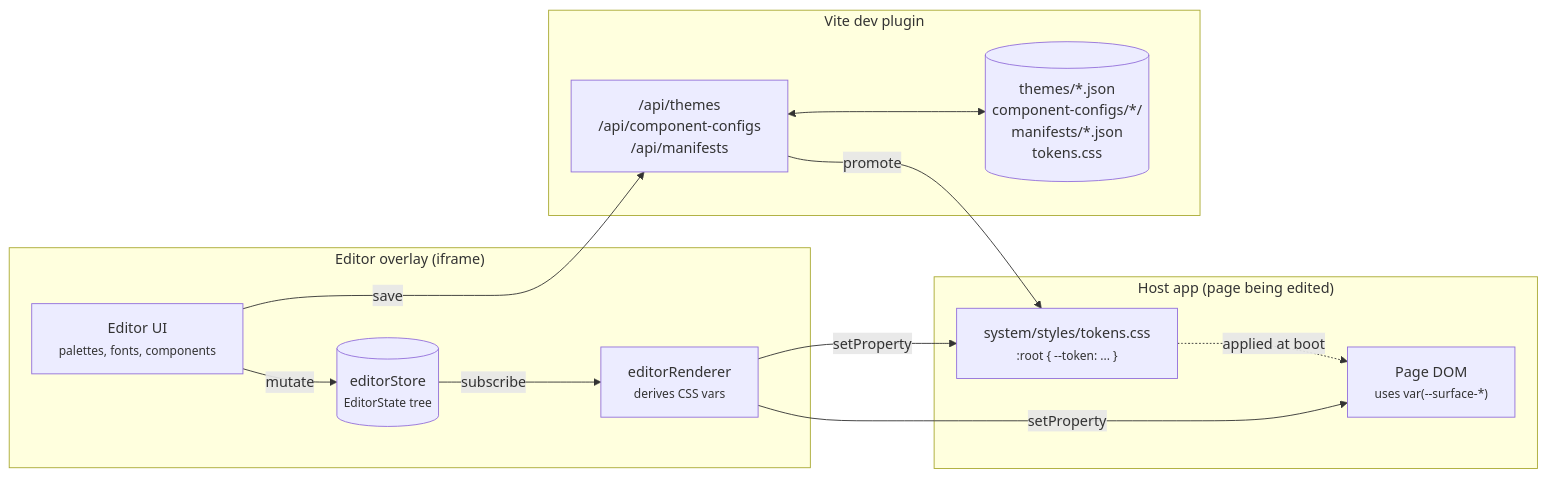
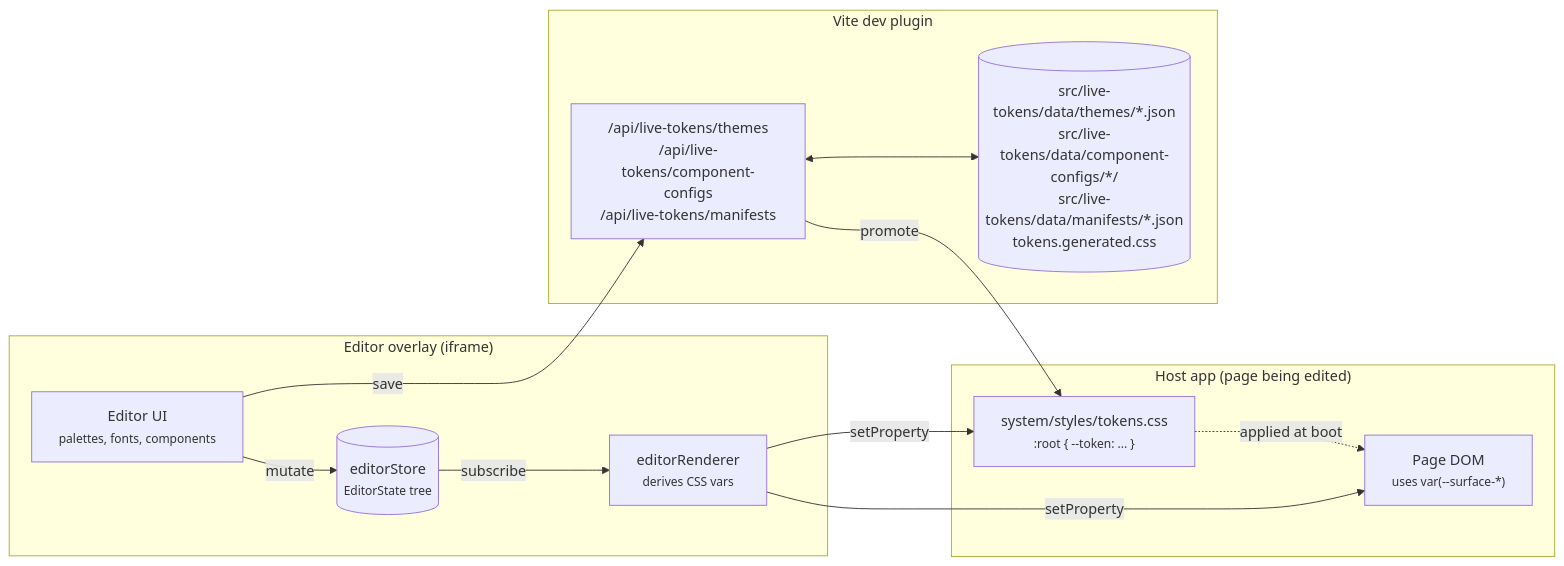
One commit to motionproto/live-tokens changed the diagram in docs/01-overview.md. Above: the diagram before and after it, drawn with Mermaid. The commit also changed other lines of this file and 30 other files, not shown here.

````diff
--- a/docs/01-overview.md
+++ b/docs/01-overview.md
@@ -60,28 +62,28 @@
 ```mermaid
 flowchart LR
     subgraph App["Host app (page being edited)"]
         Page["Page DOM<br/><small>uses var(--surface-*)</small>"]
         Tokens["system/styles/tokens.css<br/><small>:root { --token: ... }</small>"]
     end
 
     subgraph Editor["Editor overlay (iframe)"]
         EditorUI["Editor UI<br/><small>palettes, fonts, components</small>"]
         Store[("editorStore<br/><small>EditorState tree</small>")]
         Renderer["editorRenderer<br/><small>derives CSS vars</small>"]
     end
 
     subgraph Server["Vite dev plugin"]
-        API["/api/themes<br/>/api/component-configs<br/>/api/manifests"]
-        FS[("themes/*.json<br/>component-configs/*/<br/>manifests/*.json<br/>tokens.css")]
+        API["/api/live-tokens/themes<br/>/api/live-tokens/component-configs<br/>/api/live-tokens/manifests"]
+        FS[("src/live-tokens/data/themes/*.json<br/>src/live-tokens/data/component-configs/*/<br/>src/live-tokens/data/manifests/*.json<br/>tokens.generated.css")]
     end
 
     Tokens -.applied at boot.-> Page
     EditorUI -- mutate --> Store
     Store -- subscribe --> Renderer
     Renderer -- setProperty --> Page
     Renderer -- setProperty --> Tokens
 
     EditorUI -- save --> API
     API <--> FS
     API -- promote --> Tokens
 ```
````
